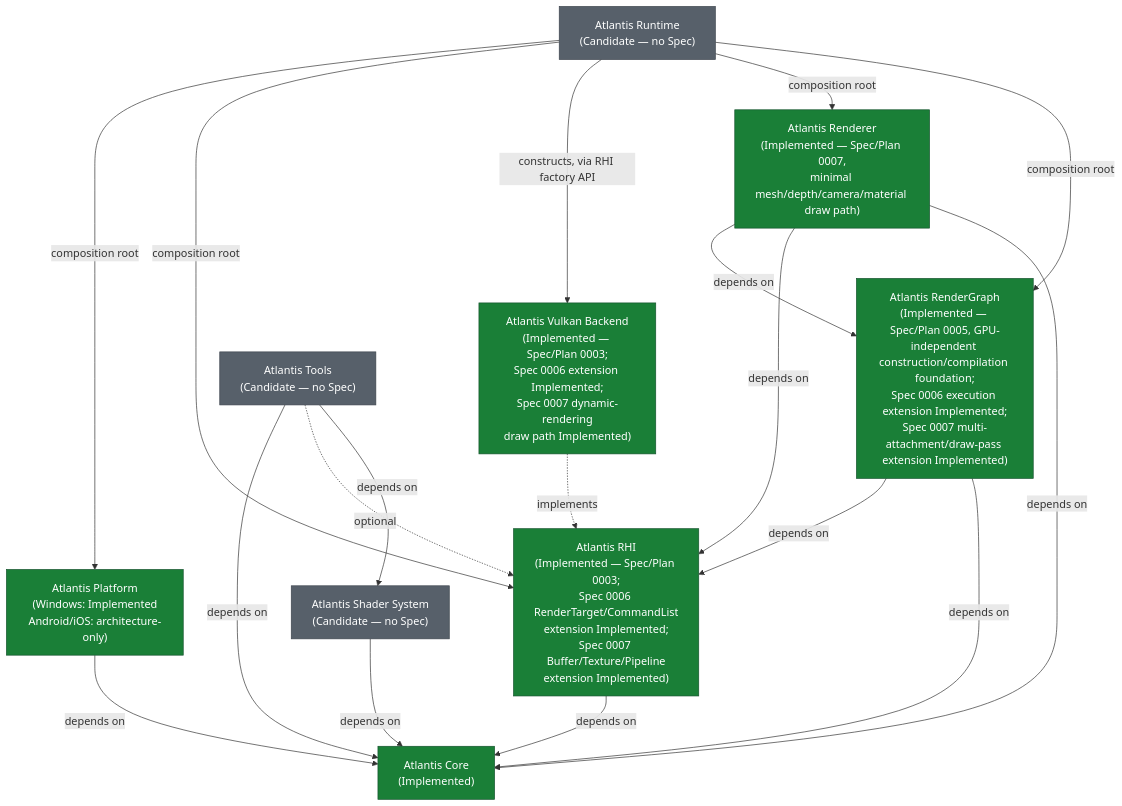
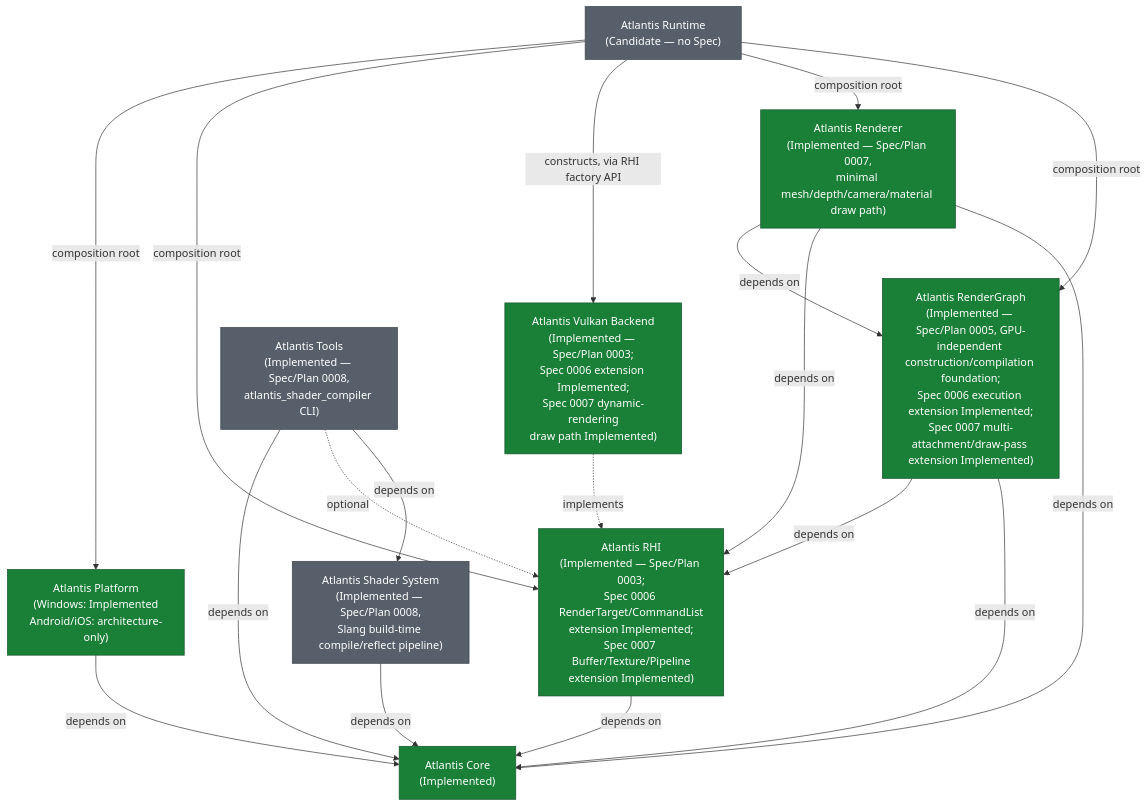
The diagram in docs/project-blueprint.md (slmao/Atlantis), drawn with Mermaid before and after one commit. The commit also changed other lines of this file and 3 other files, not shown here.

````diff
--- a/docs/project-blueprint.md
+++ b/docs/project-blueprint.md
@@ -89,47 +89,47 @@
 ```mermaid
 graph TD
     Core["Atlantis Core<br/>(Implemented)"]
 
     Platform["Atlantis Platform<br/>(Windows: Implemented<br/>Android/iOS: architecture-only)"]
     RHI["Atlantis RHI<br/>(Implemented — Spec/Plan 0003;<br/>Spec 0006 RenderTarget/CommandList<br/>extension Implemented;<br/>Spec 0007 Buffer/Texture/Pipeline<br/>extension Implemented)"]
     VulkanBackend["Atlantis Vulkan Backend<br/>(Implemented — Spec/Plan 0003;<br/>Spec 0006 extension Implemented;<br/>Spec 0007 dynamic-rendering<br/>draw path Implemented)"]
     RenderGraph["Atlantis RenderGraph<br/>(Implemented — Spec/Plan 0005, GPU-independent construction/compilation foundation;<br/>Spec 0006 execution extension Implemented;<br/>Spec 0007 multi-attachment/draw-pass extension Implemented)"]
     Renderer["Atlantis Renderer<br/>(Implemented — Spec/Plan 0007,<br/>minimal mesh/depth/camera/material draw path)"]
-    ShaderSystem["Atlantis Shader System<br/>(Candidate — no Spec)"]
+    ShaderSystem["Atlantis Shader System<br/>(Implemented — Spec/Plan 0008,<br/>Slang build-time compile/reflect pipeline)"]
     Runtime["Atlantis Runtime<br/>(Candidate — no Spec)"]
-    Tools["Atlantis Tools<br/>(Candidate — no Spec)"]
+    Tools["Atlantis Tools<br/>(Implemented — Spec/Plan 0008,<br/>atlantis_shader_compiler CLI)"]
 
     Platform -->|depends on| Core
     RHI -->|depends on| Core
     RenderGraph -->|depends on| RHI
     RenderGraph -->|depends on| Core
     Renderer -->|depends on| RenderGraph
     Renderer -->|depends on| RHI
     Renderer -->|depends on| Core
     ShaderSystem -->|depends on| Core
     Tools -->|depends on| Core
     Tools -.->|optional| RHI
     Tools -->|depends on| ShaderSystem
 
     VulkanBackend -.->|implements| RHI
 
     Runtime -->|composition root| Platform
     Runtime -->|composition root| RHI
     Runtime -->|constructs, via RHI factory API| VulkanBackend
     Runtime -->|composition root| Renderer
     Runtime -->|composition root| RenderGraph
 
     classDef implemented fill:#1a7f37,color:#fff,stroke:#14532d
     classDef approved fill:#9a6700,color:#fff,stroke:#7c5300
     classDef candidate fill:#57606a,color:#fff,stroke:#3d444d
 
     class Core implemented
     class Platform implemented
     class RHI implemented
     class VulkanBackend implemented
     class RenderGraph implemented
     class Renderer implemented
     class ShaderSystem candidate
     class Runtime candidate
     class Tools candidate
 ```
````
